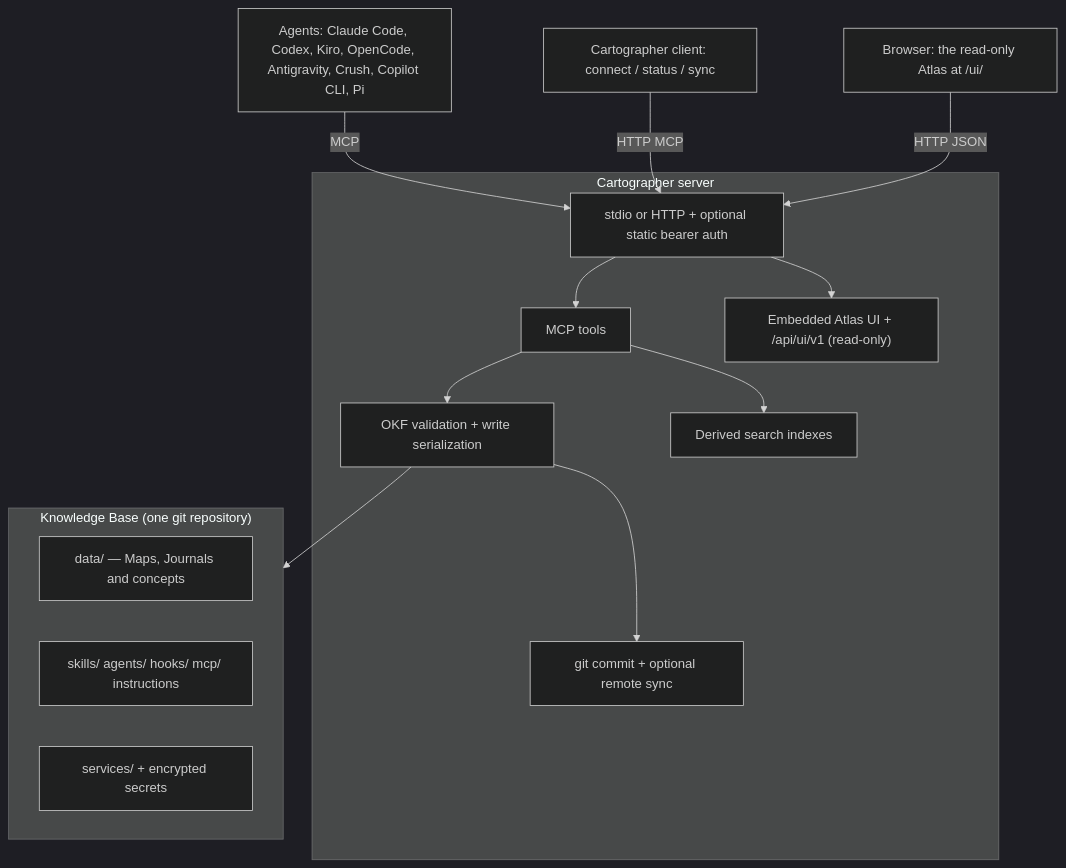
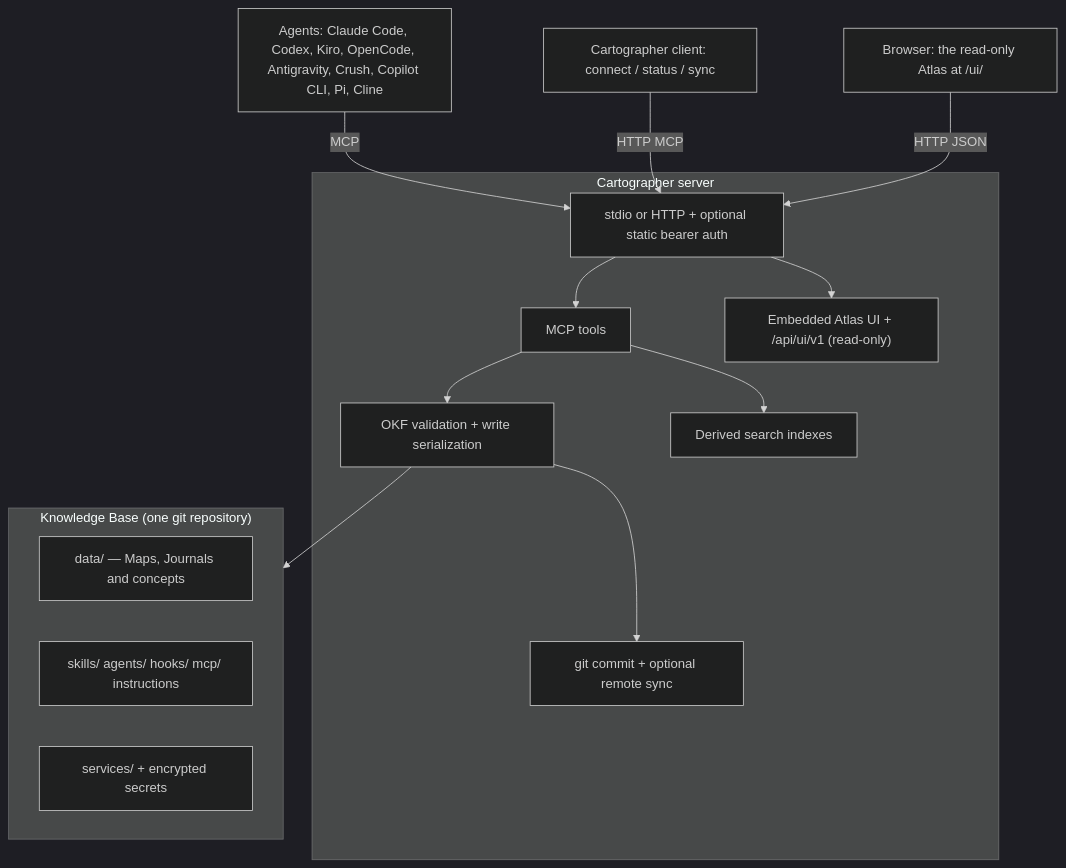
One commit to BeppeTemp/cartographer changed the diagram in docs/overview.md. Above: the diagram before and after it, drawn with Mermaid (dark theme). The commit also changed 33 other files, not shown here.

````diff
--- a/docs/overview.md
+++ b/docs/overview.md
@@ -48,28 +48,28 @@
 ```mermaid
 flowchart TB
-    A["Agents: Claude Code, Codex, Kiro, OpenCode, Antigravity, Crush, Copilot CLI, Pi"]
+    A["Agents: Claude Code, Codex, Kiro, OpenCode, Antigravity, Crush, Copilot CLI, Pi, Cline"]
     C["Cartographer client: connect / status / sync"]
     B["Browser: the read-only Atlas at /ui/"]
 
     subgraph S["Cartographer server"]
         T["stdio or HTTP + optional static bearer auth"]
         M["MCP tools"]
         W["Embedded Atlas UI + /api/ui/v1 (read-only)"]
         V["OKF validation + write serialization"]
         I["Derived search indexes"]
         G["git commit + optional remote sync"]
     end
 
     subgraph K["Knowledge Base (one git repository)"]
         D["data/ — Maps, Journals and concepts"]
         P["skills/ agents/ hooks/ mcp/ instructions"]
         X["services/ + encrypted secrets"]
     end
 
     A -->|MCP| T --> M
     C -->|HTTP MCP| T
     B -->|HTTP JSON| T --> W
     M --> V --> K
     M --> I
     V --> G
 ```
````
